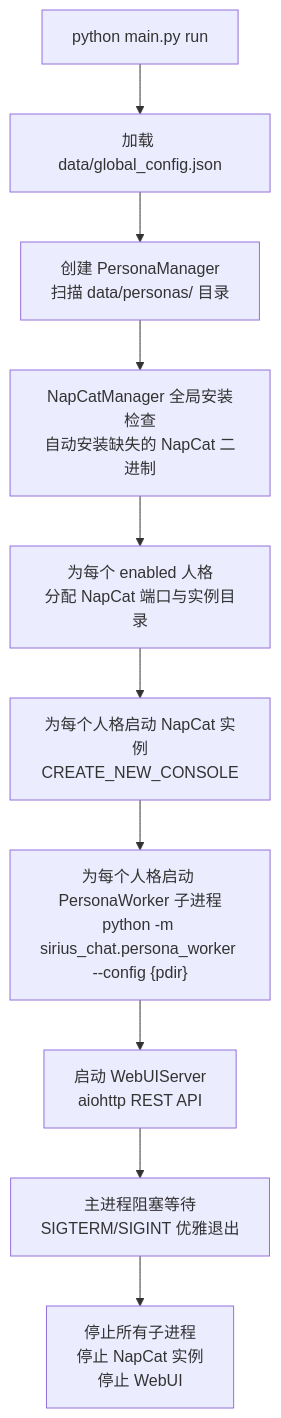
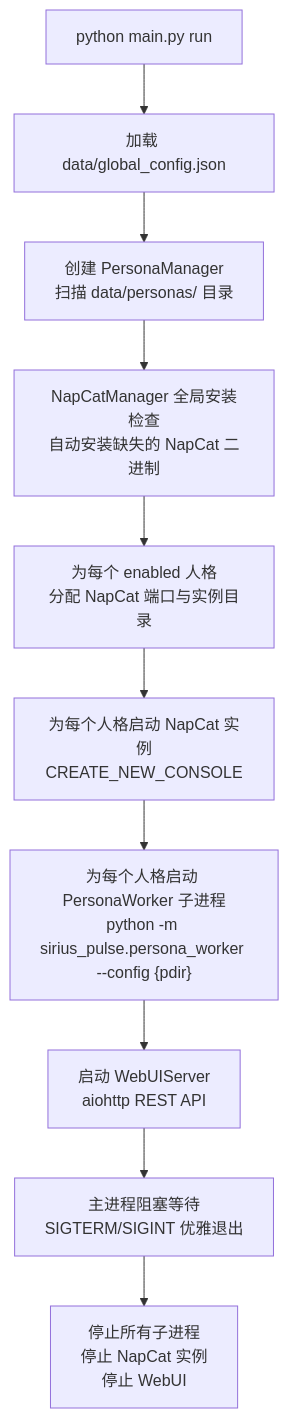
One commit to Sparrived/SiriusPulse changed the second of 11 diagrams in docs/full-architecture-flow.md. Above: the diagram before and after it, drawn with Mermaid. The commit also changed other lines of this file and 401 other files, not shown here.

First line of the commit message:
refactor: 将项目从 sirius_chat 重命名为 sirius_pulse

````diff
--- a/docs/full-architecture-flow.md
+++ b/docs/full-architecture-flow.md
@@ -80,12 +80,12 @@
 ```mermaid
 flowchart TD
     A["python main.py run"] --> B["加载 data/global_config.json"]
     B --> C["创建 PersonaManager<br/>扫描 data/personas/ 目录"]
     C --> D["NapCatManager 全局安装检查<br/>自动安装缺失的 NapCat 二进制"]
     D --> E["为每个 enabled 人格<br/>分配 NapCat 端口与实例目录"]
     E --> F["为每个人格启动 NapCat 实例<br/>CREATE_NEW_CONSOLE"]
-    F --> G["为每个人格启动 PersonaWorker 子进程<br/>python -m sirius_chat.persona_worker --config {pdir}"]
+    F --> G["为每个人格启动 PersonaWorker 子进程<br/>python -m sirius_pulse.persona_worker --config {pdir}"]
     G --> H["启动 WebUIServer<br/>aiohttp REST API"]
     H --> I["主进程阻塞等待<br/>SIGTERM/SIGINT 优雅退出"]
     I --> J["停止所有子进程<br/>停止 NapCat 实例<br/>停止 WebUI"]
 ```
````
